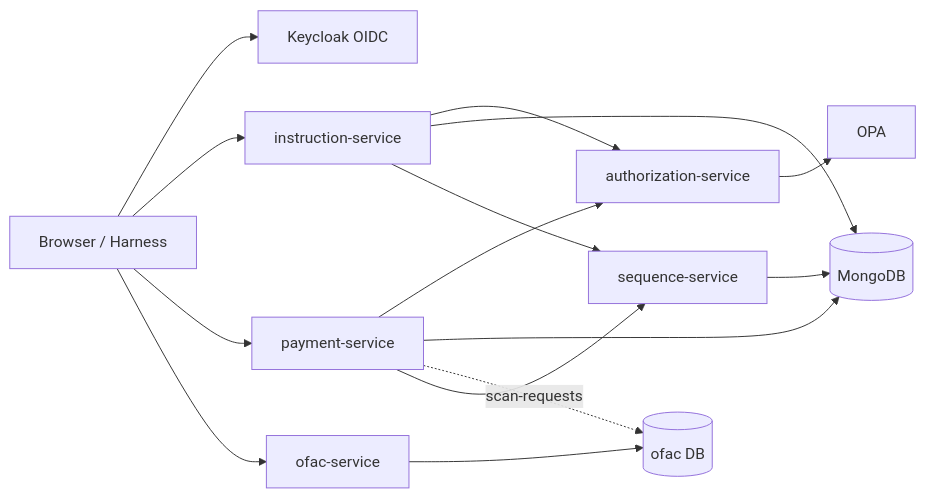
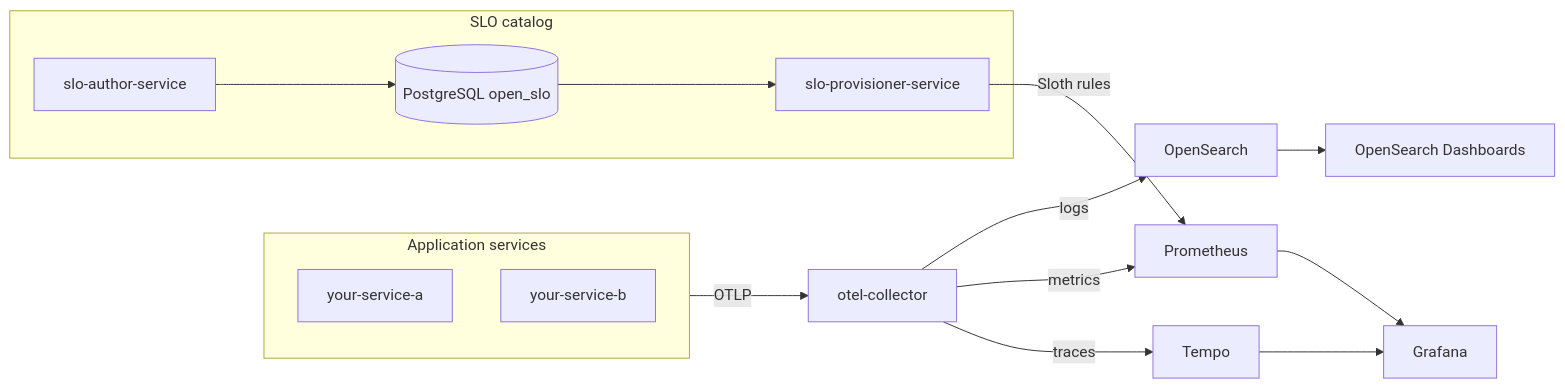
Before and after one commit to sanjuthomas/observability-mesh: the first of 3 diagrams in README.md, drawn with Mermaid. The commit also changed other lines of this file and 2 other files, not shown here.

First line of the commit message:
Split platform docs from payment-ofac-demo workload README.

````diff
--- a/README.md
+++ b/README.md
@@ -29,17 +29,24 @@
 ```mermaid
 flowchart LR
-    User[Browser / Harness] --> Keycloak[Keycloak OIDC]
-    User --> Inst[instruction-service]
-    User --> Pay[payment-service]
-    User --> Ofac[ofac-service]
-    Inst --> Authz[authorization-service]
-    Pay --> Authz
-    Authz --> OPA[OPA]
-    Inst --> Mongo[(MongoDB)]
-    Pay --> Mongo
-    Pay -.->|scan-requests| OfacDb[(ofac DB)]
-    Ofac --> OfacDb
-    Seq[sequence-service] --> Mongo
-    Inst --> Seq
-    Pay --> Seq
+    subgraph Apps[Application services]
+        direction TB
+        App1[your-service-a]
+        App2[your-service-b]
+    end
+    Apps -->|OTLP| OTel[otel-collector]
+    OTel -->|logs| OS[OpenSearch]
+    OTel -->|metrics| Prom[Prometheus]
+    OTel -->|traces| Tempo[Tempo]
+    Prom --> Grafana[Grafana]
+    Tempo --> Grafana
+    OS --> OSD[OpenSearch Dashboards]
+
+    subgraph SLO[SLO catalog]
+        SloAuth[slo-author-service]
+        Prov[slo-provisioner-service]
+        PG[(PostgreSQL open_slo)]
+    end
+    SloAuth --> PG
+    PG --> Prov
+    Prov -->|Sloth rules| Prom
 ```
````
